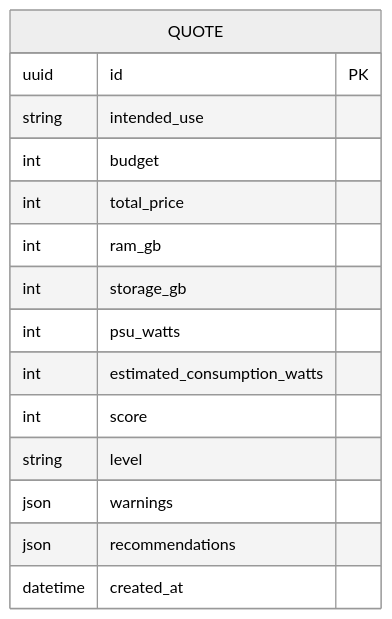
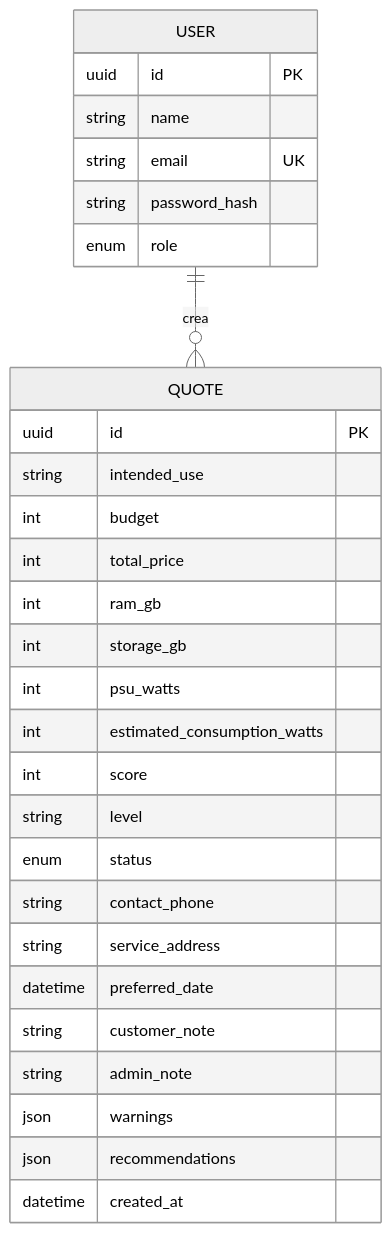
Before and after one commit to Jembamin123/JembaTech: the diagram in docs/modelo-datos-inicial.md, drawn with Mermaid (neutral theme). The commit also changed other lines of this file and 57 other files, not shown here.

````diff
--- a/docs/modelo-datos-inicial.md
+++ b/docs/modelo-datos-inicial.md
@@ -3,18 +3,32 @@
 ```mermaid
 erDiagram
+  USER ||--o{ QUOTE : crea
+  USER {
+    uuid id PK
+    string name
+    string email UK
+    string password_hash
+    enum role
+  }
   QUOTE {
     uuid id PK
     string intended_use
     int budget
     int total_price
     int ram_gb
     int storage_gb
     int psu_watts
     int estimated_consumption_watts
     int score
     string level
+    enum status
+    string contact_phone
+    string service_address
+    datetime preferred_date
+    string customer_note
+    string admin_note
     json warnings
     json recommendations
     datetime created_at
   }
 ```
````
